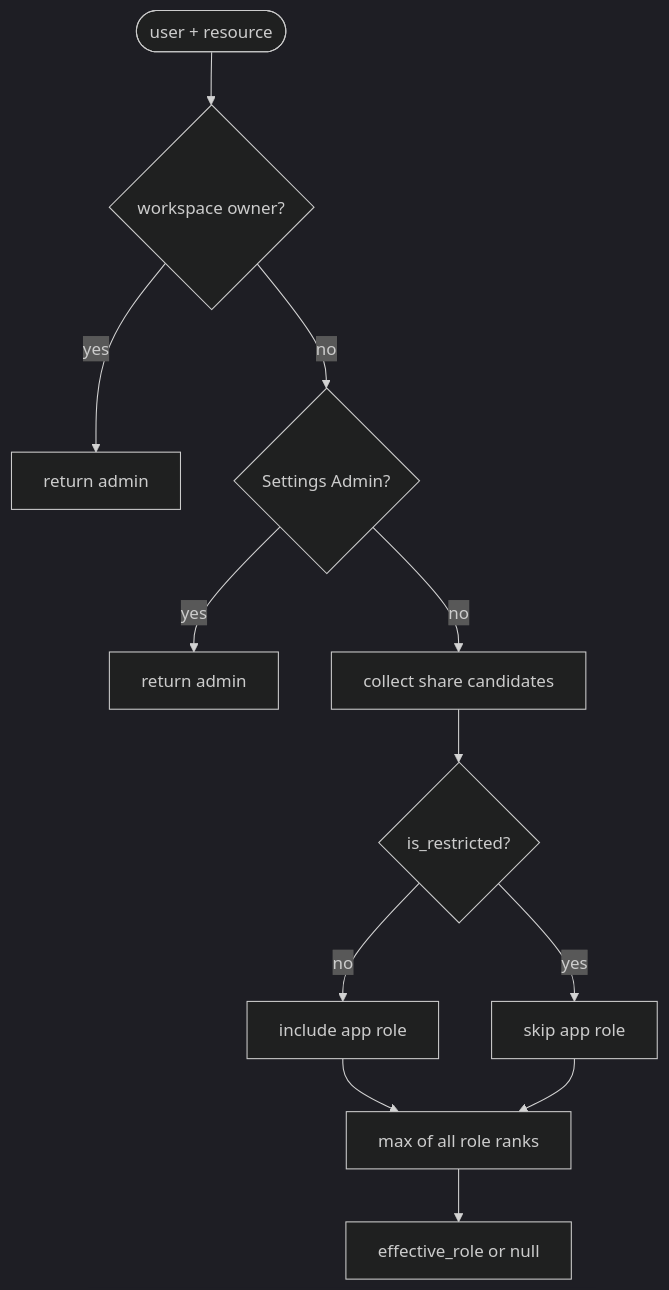
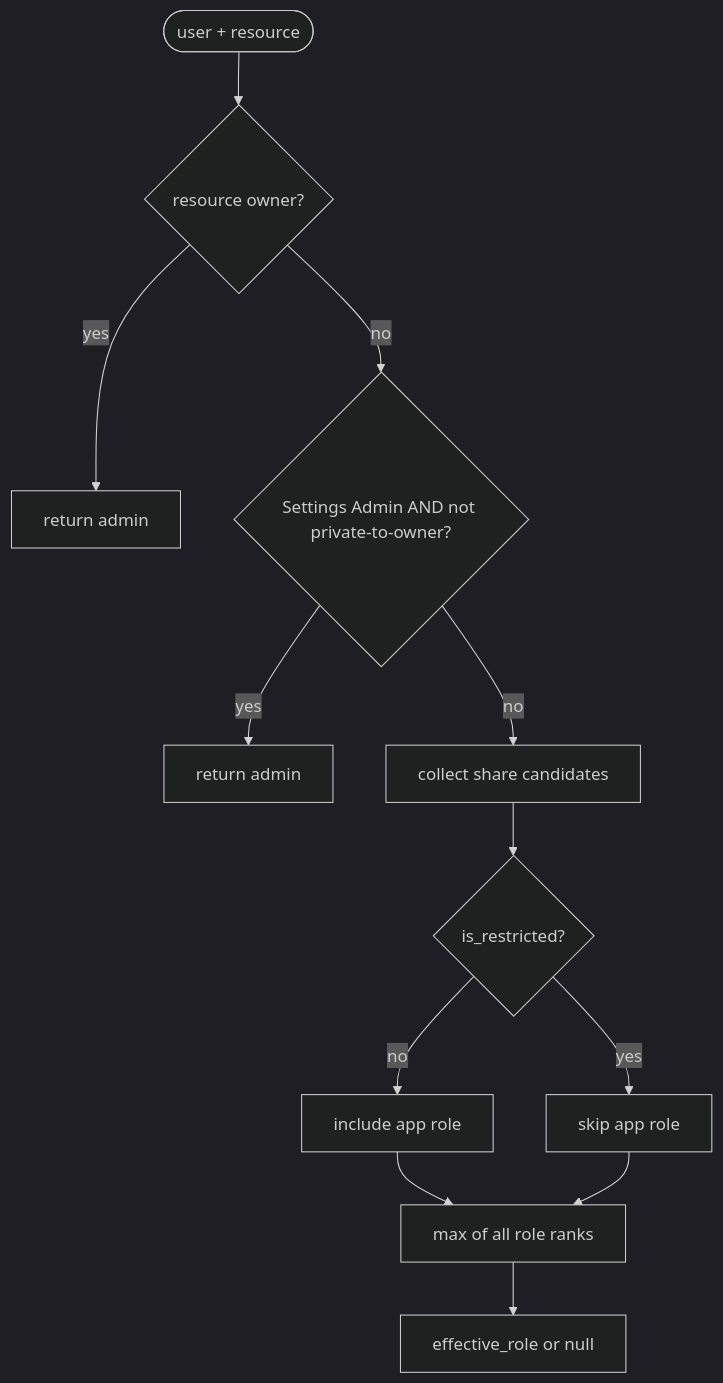
The first of 3 diagrams in docs/permissions-architecture.md (AvandarLabs/avandar), drawn with Mermaid (dark theme) before and after one commit. The commit also changed other lines of this file, not shown here.

Commit message:
docs: record private-resource semantics in permissions architecture

````diff
--- a/docs/permissions-architecture.md
+++ b/docs/permissions-architecture.md
@@ -101,14 +124,14 @@
 ```mermaid
 flowchart TD
-  start([user + resource]) --> owner{workspace owner?}
+  start([user + resource]) --> owner{resource owner?}
   owner -->|yes| admin1[return admin]
-  owner -->|no| settings{Settings Admin?}
+  owner -->|no| settings{Settings Admin AND not private-to-owner?}
   settings -->|yes| admin2[return admin]
   settings -->|no| shares[collect share candidates]
   shares --> restricted{is_restricted?}
   restricted -->|no| appRole[include app role]
   restricted -->|yes| skipAppRole[skip app role]
   appRole --> max[max of all role ranks]
   skipAppRole --> max
   max --> out[effective_role or null]
 ```
````
